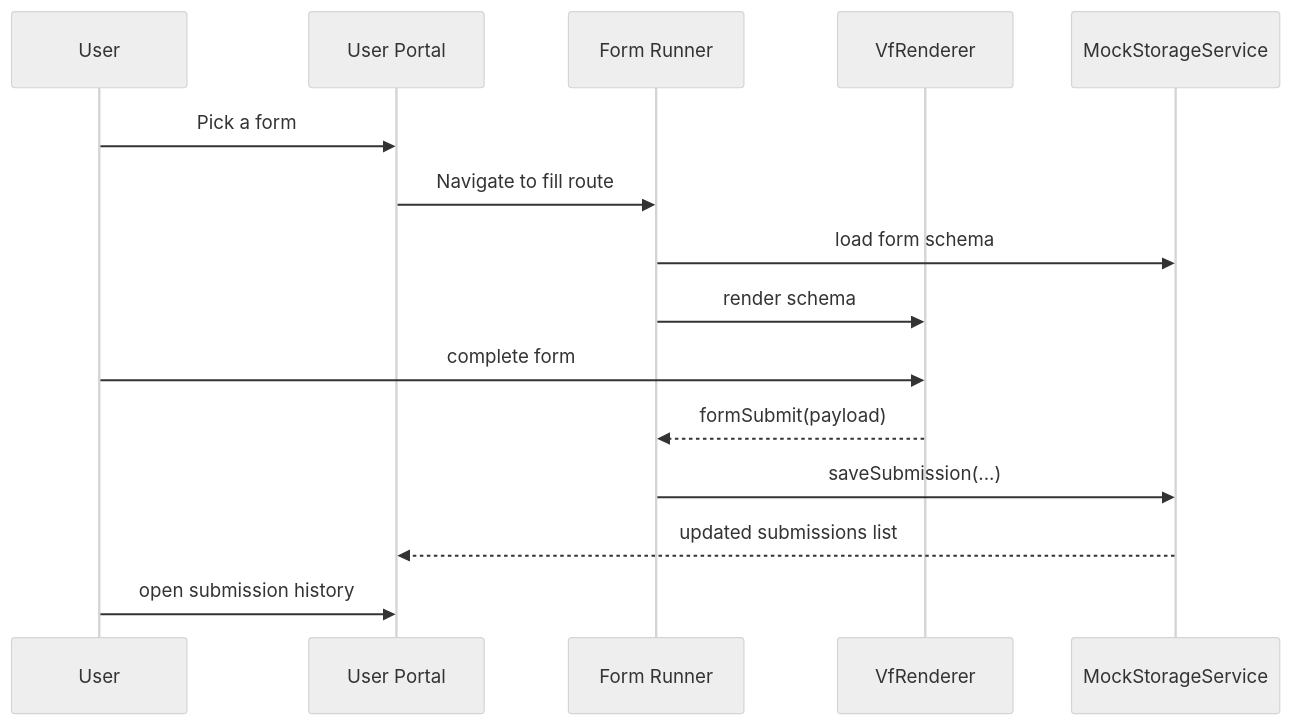
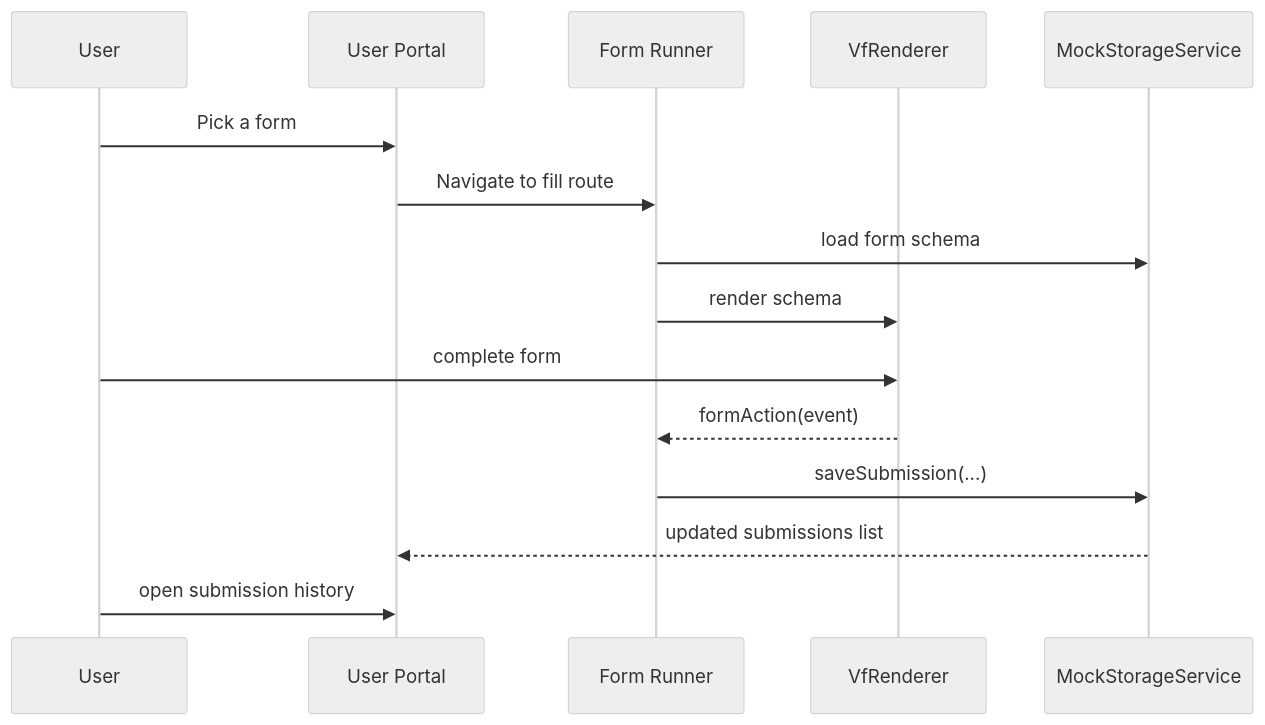
The third of 4 diagrams in data/docs/example-showcase-architecture.md (DonnC/vant-flow), drawn with Mermaid (neutral theme) before and after one commit. The commit also changed 28 other files, not shown here.

````diff
--- a/data/docs/example-showcase-architecture.md
+++ b/data/docs/example-showcase-architecture.md
@@ -109,18 +109,18 @@
 ```mermaid
 sequenceDiagram
     participant User
     participant Portal as User Portal
     participant Runner as Form Runner
     participant Renderer as VfRenderer
     participant Store as MockStorageService
 
     User->>Portal: Pick a form
     Portal->>Runner: Navigate to fill route
     Runner->>Store: load form schema
     Runner->>Renderer: render schema
     User->>Renderer: complete form
-    Renderer-->>Runner: formSubmit(payload)
+    Renderer-->>Runner: formAction(event)
     Runner->>Store: saveSubmission(...)
     Store-->>Portal: updated submissions list
     User->>Portal: open submission history
 ```
````
